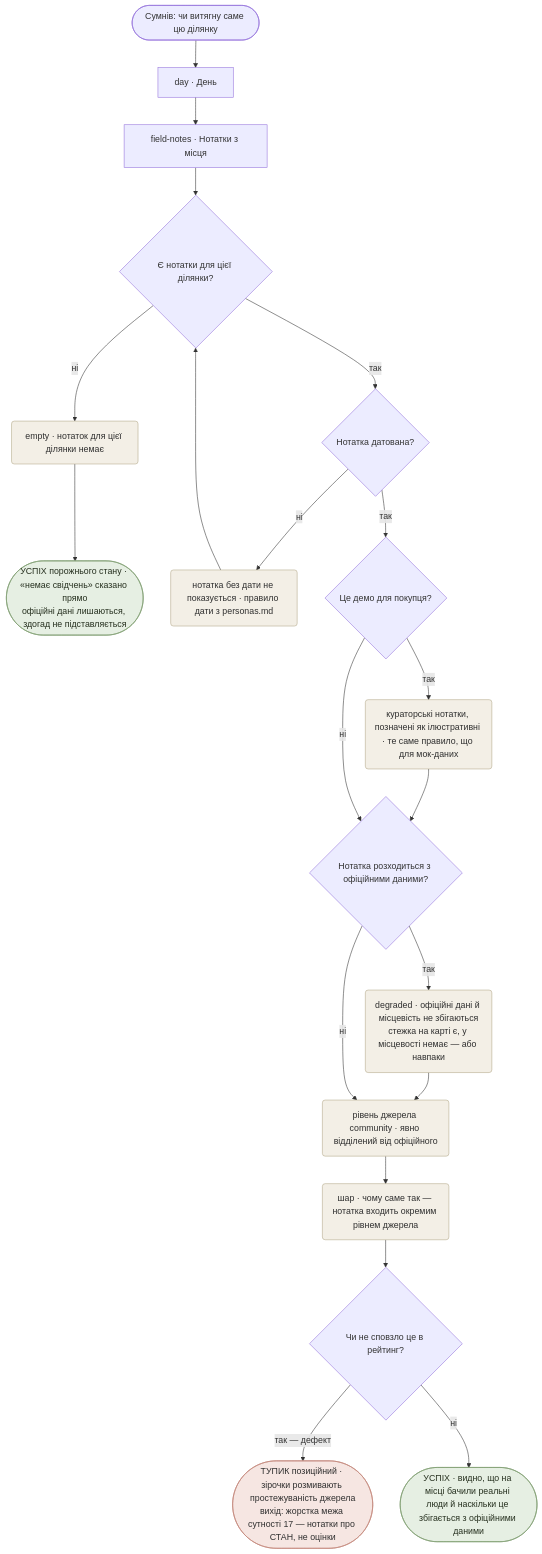
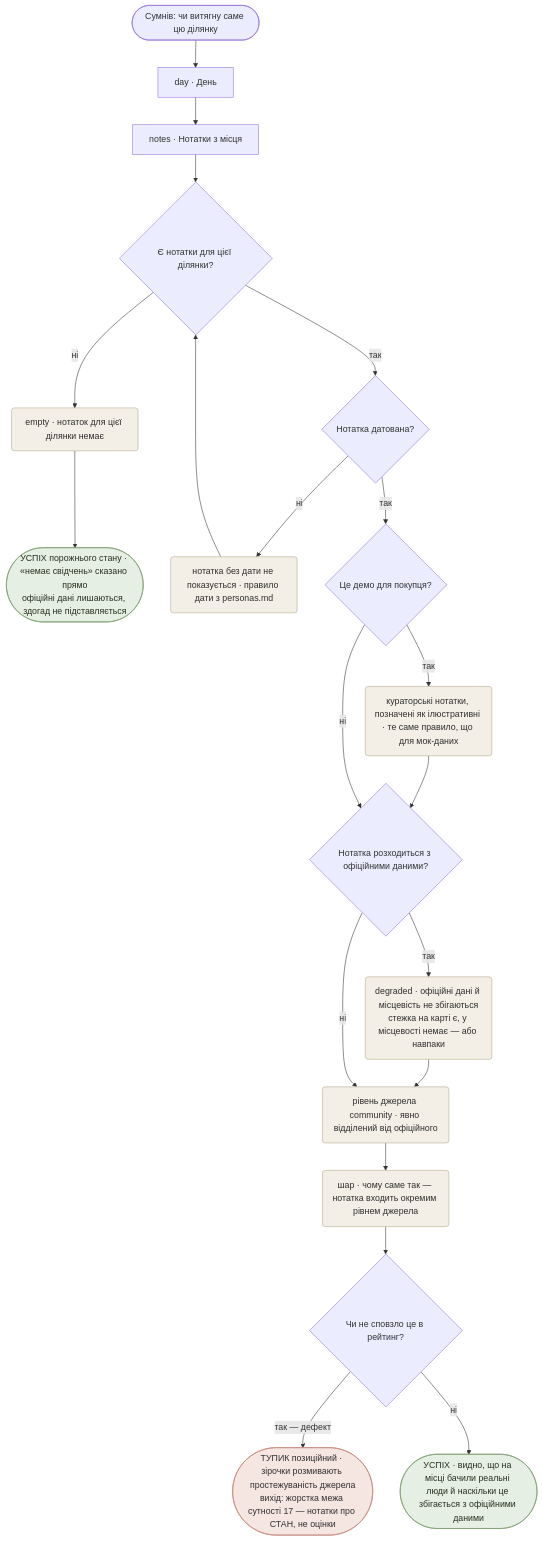
One commit to allaostrovaya/nestwood changed the fifth of 6 diagrams in docs/wireframes/flows.md. Above: the diagram before and after it, drawn with Mermaid. The commit also changed other lines of this file and 191 other files, not shown here.

````diff
--- a/docs/wireframes/flows.md
+++ b/docs/wireframes/flows.md
@@ -421,33 +363,33 @@
 ```mermaid
 flowchart TD
     IN(["Сумнів: чи витягну саме цю ділянку"]) --> day["day · День"]
-    day --> field-notes["field-notes · Нотатки з місця"]
+    day --> fieldnotes["notes · Нотатки з місця"]
 
-    field-notes --> QANY{"Є нотатки для цієї ділянки?"}
+    fieldnotes --> QANY{"Є нотатки для цієї ділянки?"}
     QANY -->|ні| EMP("empty · нотаток для цієї ділянки немає")
     EMP --> WINEMP(["УСПІХ порожнього стану · «немає свідчень» сказано прямо<br/>офіційні дані лишаються, здогад не підставляється"])
 
     QANY -->|так| QDATE{"Нотатка датована?"}
     QDATE -->|ні| DROPN("нотатка без дати не показується · правило дати з personas.md")
     DROPN --> QANY
     QDATE -->|так| QDEMO{"Це демо для покупця?"}
     QDEMO -->|так| CURATED("кураторські нотатки, позначені як ілюстративні · те саме правило, що для мок-даних")
     CURATED --> QDIFF
     QDEMO -->|ні| QDIFF{"Нотатка розходиться з офіційними даними?"}
 
     QDIFF -->|так| DEG("degraded · офіційні дані й місцевість не збігаються<br/>стежка на карті є, у місцевості немає — або навпаки")
     DEG --> LEVEL("рівень джерела community · явно відділений від офіційного")
     QDIFF -->|ні| LEVEL
     LEVEL --> WHY("шар · чому саме так — нотатка входить окремим рівнем джерела")
 
     WHY --> QRATE{"Чи не сповзло це в рейтинг?"}
     QRATE -->|"так — дефект"| DEADR(["ТУПИК позиційний · зірочки розмивають простежуваність джерела<br/>вихід: жорстка межа сутності 17 — нотатки про СТАН, не оцінки"])
     QRATE -->|ні| WIN(["УСПІХ · видно, що на місці бачили реальні люди й наскільки це збігається з офіційними даними"])
 
     classDef state fill:#f3efe6,stroke:#b3a888,color:#2f2f2f;
     classDef dead fill:#f6e6e2,stroke:#c08376,color:#2f2f2f;
     classDef win fill:#e6efe3,stroke:#7c9a6d,color:#26301f;
     class EMP,DROPN,CURATED,DEG,LEVEL,WHY state;
     class DEADR dead;
     class WIN,WINEMP win;
 ```
````
